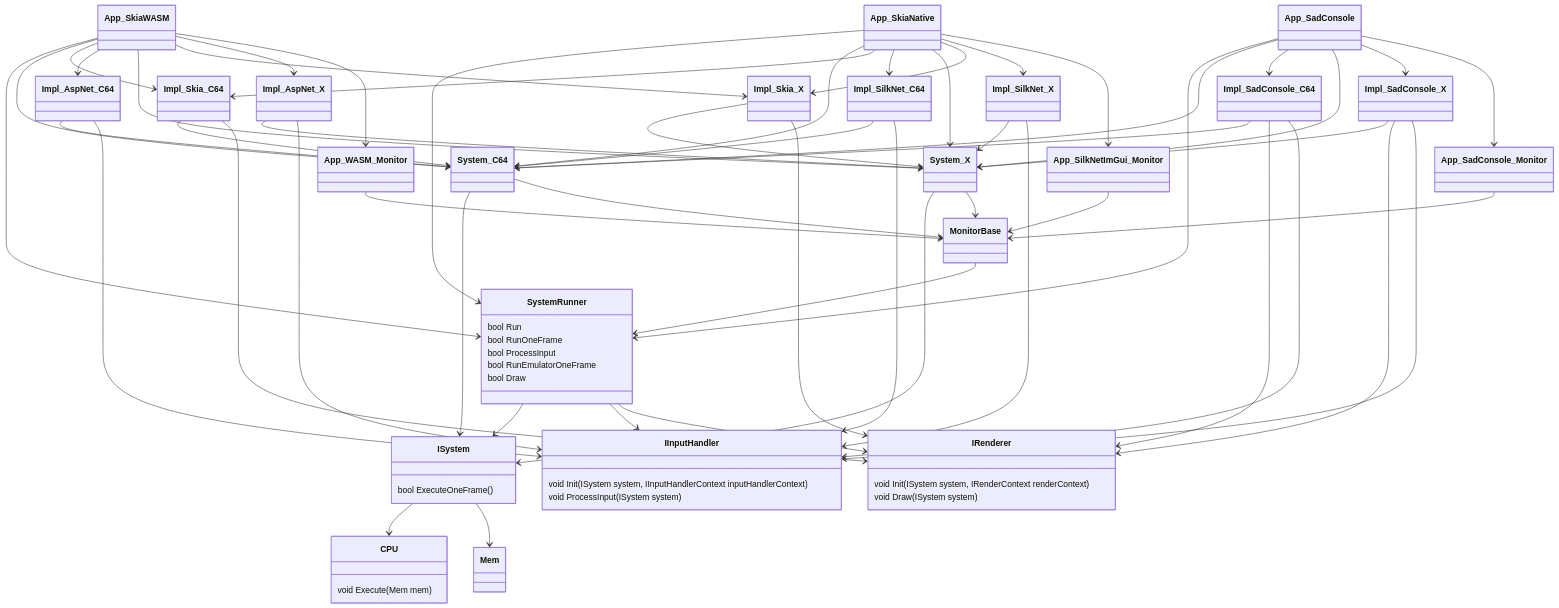
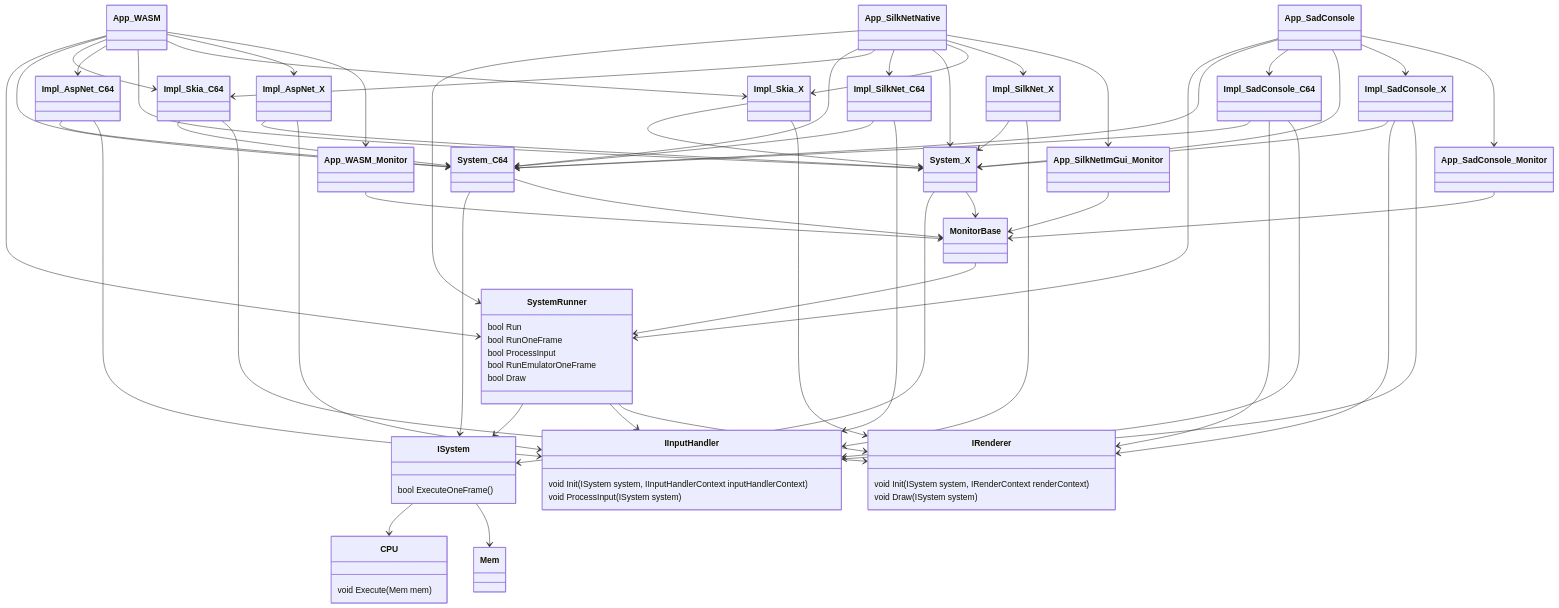
Before and after one commit to highbyte/dotnet-6502: the first of 2 diagrams in doc/SYSYEM_DIAGRAM.md, drawn with Mermaid. The commit also changed 174 other files, not shown here.

````diff
--- a/doc/SYSYEM_DIAGRAM.md
+++ b/doc/SYSYEM_DIAGRAM.md
@@ -1,26 +1,26 @@
 ```mermaid
 classDiagram
 
-App_SkiaWASM
-App_SkiaWASM --> SystemRunner
-App_SkiaWASM --> System_C64
-App_SkiaWASM --> Impl_Skia_C64
-App_SkiaWASM --> Impl_AspNet_C64
-App_SkiaWASM --> System_X
-App_SkiaWASM --> Impl_Skia_X
-App_SkiaWASM --> Impl_AspNet_X
-App_SkiaWASM --> App_WASM_Monitor
+App_WASM
+App_WASM --> SystemRunner
+App_WASM --> System_C64
+App_WASM --> Impl_Skia_C64
+App_WASM --> Impl_AspNet_C64
+App_WASM --> System_X
+App_WASM --> Impl_Skia_X
+App_WASM --> Impl_AspNet_X
+App_WASM --> App_WASM_Monitor
 App_WASM_Monitor --> MonitorBase
 
-App_SkiaNative
-App_SkiaNative --> SystemRunner
-App_SkiaNative --> System_C64
-App_SkiaNative --> Impl_Skia_C64
-App_SkiaNative --> Impl_SilkNet_C64
-App_SkiaNative --> System_X
-App_SkiaNative --> Impl_Skia_X
-App_SkiaNative --> Impl_SilkNet_X
-App_SkiaNative --> App_SilkNetImGui_Monitor
+App_SilkNetNative
+App_SilkNetNative --> SystemRunner
+App_SilkNetNative --> System_C64
+App_SilkNetNative --> Impl_Skia_C64
+App_SilkNetNative --> Impl_SilkNet_C64
+App_SilkNetNative --> System_X
+App_SilkNetNative --> Impl_Skia_X
+App_SilkNetNative --> Impl_SilkNet_X
+App_SilkNetNative --> App_SilkNetImGui_Monitor
 App_SilkNetImGui_Monitor --> MonitorBase
 
 App_SadConsole
````
